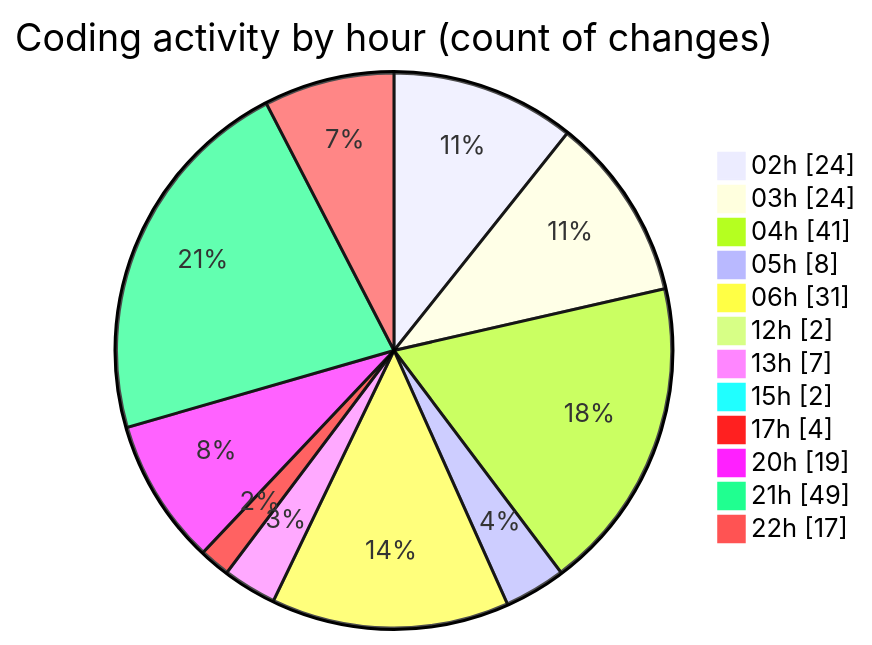
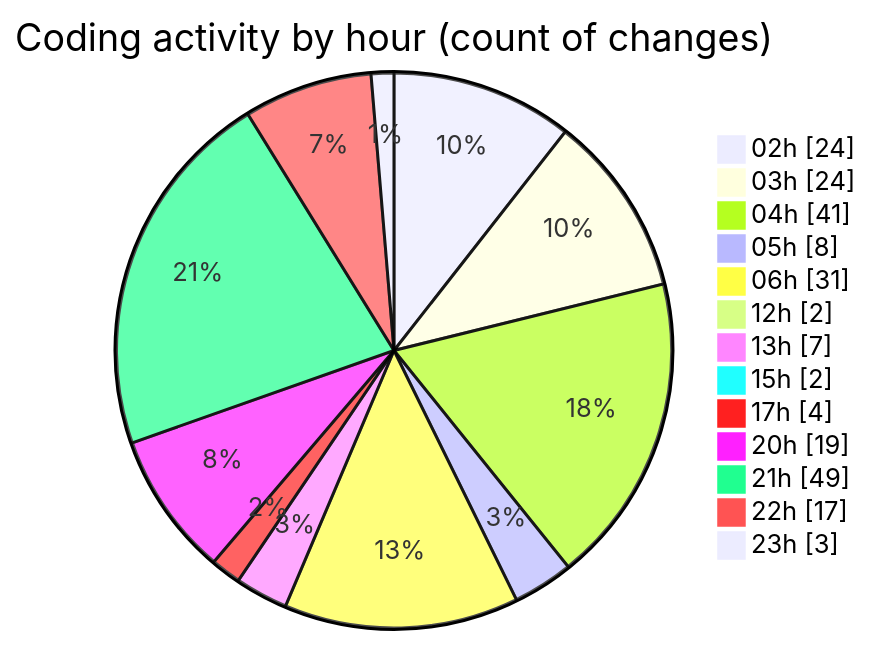
The second of 2 diagrams in 2025-07-23/quanlyrapchieuphim/README.md (lephambinh05/code-tracking), drawn with Mermaid before and after one commit. The commit also changed other lines of this file and 1 other file, not shown here.

````diff
--- a/2025-07-23/quanlyrapchieuphim/README.md
+++ b/2025-07-23/quanlyrapchieuphim/README.md
@@ -46,16 +46,17 @@
 ```mermaid
 pie showData
 title Coding activity by hour (count of changes)
 "02h" : 24
 "03h" : 24
 "04h" : 41
 "05h" : 8
 "06h" : 31
 "12h" : 2
 "13h" : 7
 "15h" : 2
 "17h" : 4
 "20h" : 19
 "21h" : 49
 "22h" : 17
+"23h" : 3
 ```
````
